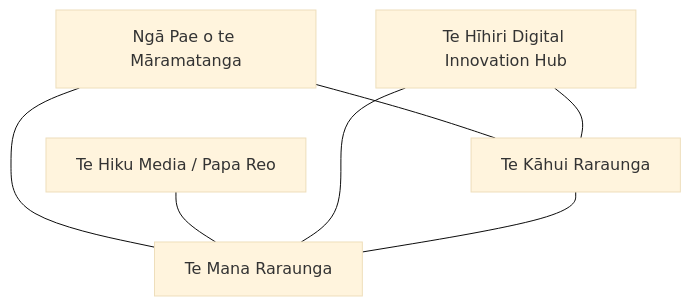
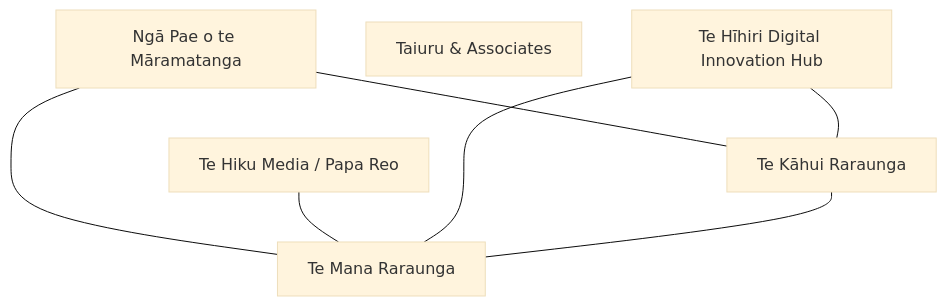
Before and after one commit to olitreadwell/nz-tech-for-good: diagram 22 of 22 in GUIDE.md, drawn with Mermaid (base theme). The commit also changed other lines of this file and 2 other files, not shown here.

First line of the commit message:
docs: add CHANGELOG, regenerate GUIDE.md for 127 entries, update roadmap

````diff
--- a/GUIDE.md
+++ b/GUIDE.md
@@ -376,14 +396,15 @@
 ```mermaid
 flowchart TD
     n_NgPaeoteMramatanga["Ngā Pae o te Māramatanga"]
+    n_TaiuruAssociates["Taiuru & Associates"]
     n_TeHikuMediaPapaReo["Te Hiku Media / Papa Reo"]
     n_TeHhiriDigitalInnovation["Te Hīhiri Digital Innovation Hub"]
     n_TeKhuiRaraunga["Te Kāhui Raraunga"]
     n_TeManaRaraunga["Te Mana Raraunga"]
     n_NgPaeoteMramatanga --- n_TeKhuiRaraunga
     n_NgPaeoteMramatanga --- n_TeManaRaraunga
     n_TeHikuMediaPapaReo --- n_TeManaRaraunga
     n_TeHhiriDigitalInnovation --- n_TeKhuiRaraunga
     n_TeHhiriDigitalInnovation --- n_TeManaRaraunga
     n_TeKhuiRaraunga --- n_TeManaRaraunga
 ```
````
